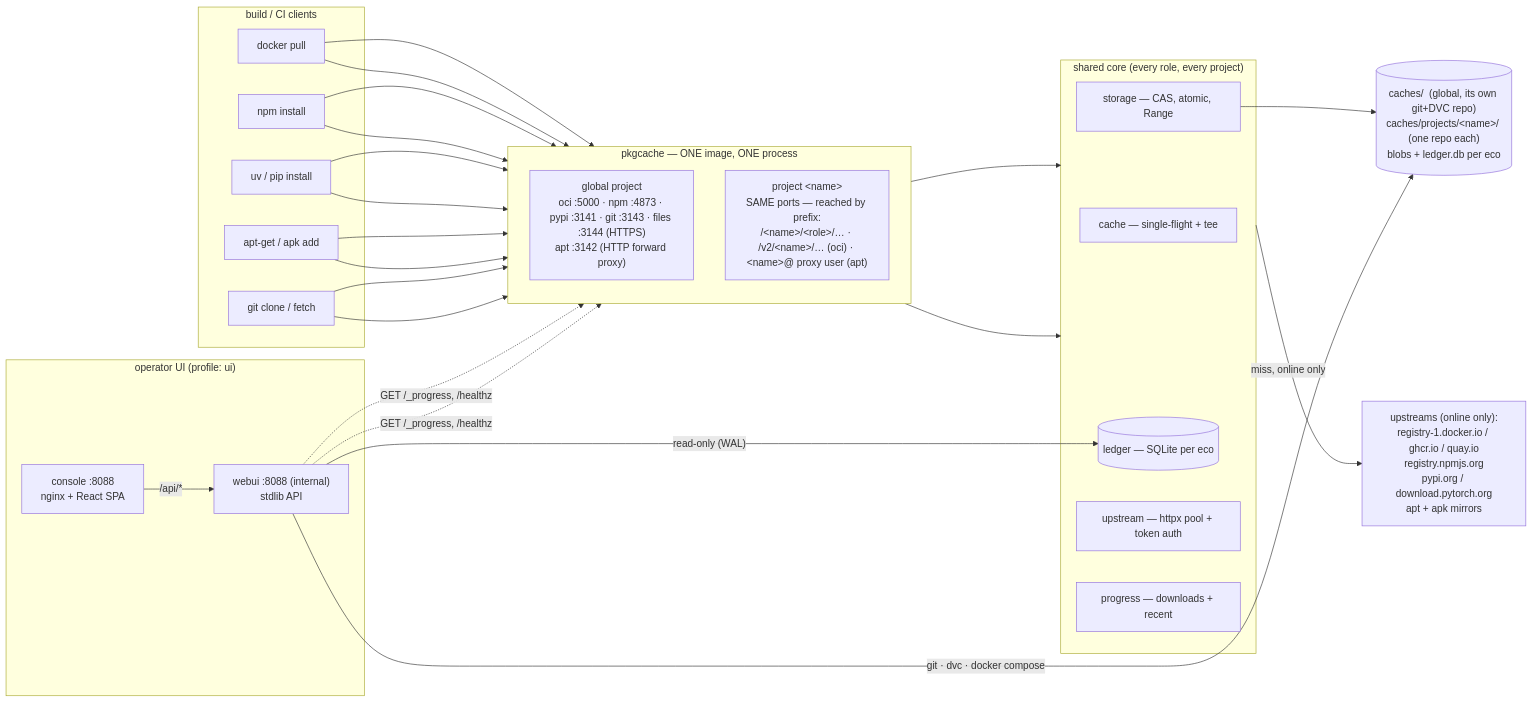
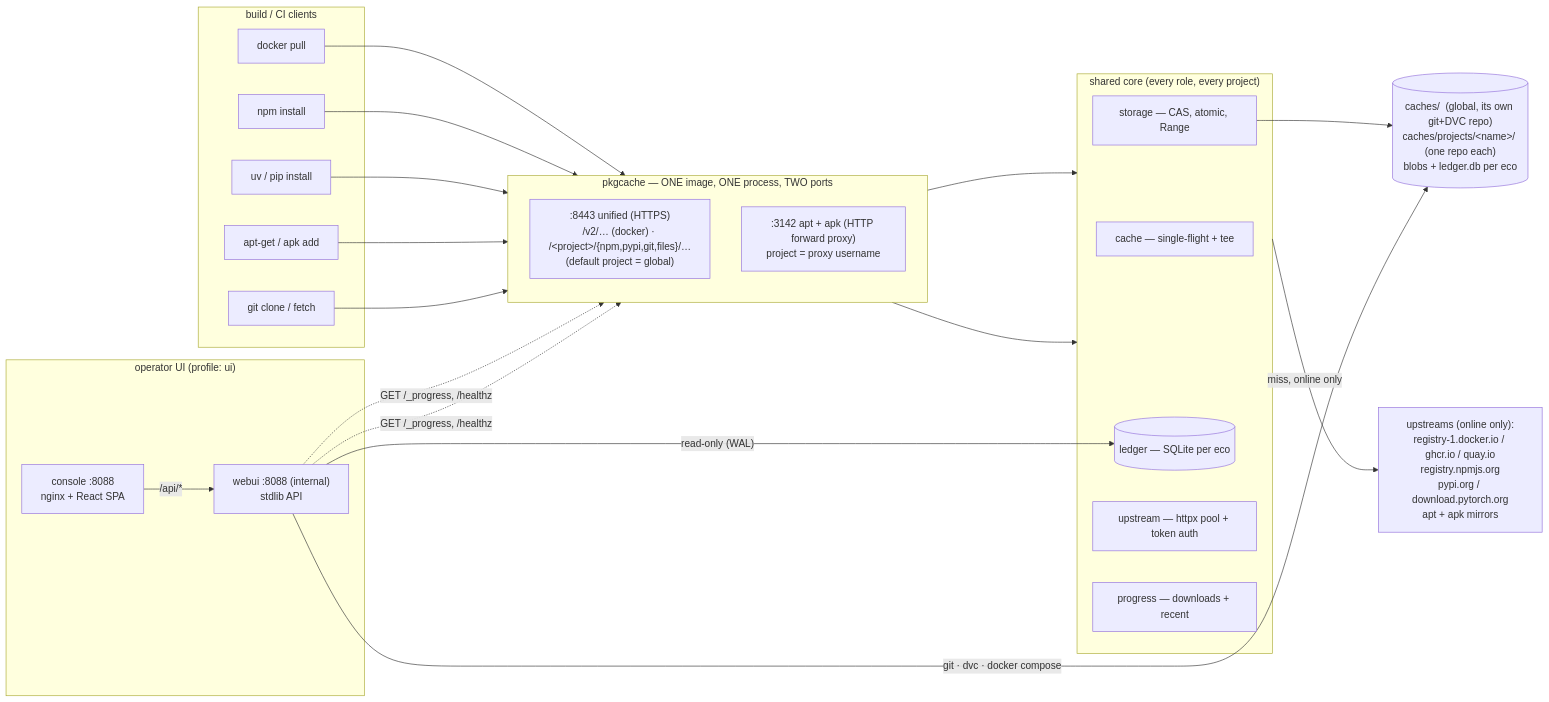
One commit to aabdlwahab/PKGCache changed the first of 7 diagrams in README.md. Above: the diagram before and after it, drawn with Mermaid. The commit also changed other lines of this file and 4 other files, not shown here.

````diff
--- a/README.md
+++ b/README.md
@@ -209,46 +224,46 @@
 ```mermaid
 flowchart LR
   subgraph clients["build / CI clients"]
     dk["docker pull"]
     np["npm install"]
     pp["uv / pip install"]
     at["apt-get / apk add"]
     gt["git clone / fetch"]
   end
 
-  subgraph image["pkgcache — ONE image, ONE process"]
+  subgraph image["pkgcache — ONE image, ONE process, TWO ports"]
     direction TB
-    g["global project\noci :5000 · npm :4873 · pypi :3141 · git :3143 · files :3144 (HTTPS)\napt :3142 (HTTP forward proxy)"]
-    p["project &lt;name&gt;\nSAME ports — reached by prefix:\n/&lt;name&gt;/&lt;role&gt;/… · /v2/&lt;name&gt;/… (oci) · &lt;name&gt;@ proxy user (apt)"]
+    g[":8443 unified (HTTPS)\n/v2/… (docker) · /&lt;project&gt;/{npm,pypi,git,files}/…\n(default project = global)"]
+    p[":3142 apt + apk (HTTP forward proxy)\nproject = proxy username"]
   end
 
   subgraph core["shared core (every role, every project)"]
     cache["cache — single-flight + tee"]
     st["storage — CAS, atomic, Range"]
     led[("ledger — SQLite per eco")]
     up["upstream — httpx pool + token auth"]
     pr["progress — downloads + recent"]
   end
 
   ups["upstreams (online only):\nregistry-1.docker.io / ghcr.io / quay.io\nregistry.npmjs.org\npypi.org / download.pytorch.org\napt + apk mirrors"]
 
   subgraph ui["operator UI (profile: ui)"]
     console["console :8088\nnginx + React SPA"]
     webui["webui :8088 (internal)\nstdlib API"]
   end
 
   dvc[("caches/  (global, its own git+DVC repo)\ncaches/projects/&lt;name&gt;/ (one repo each)\nblobs + ledger.db per eco")]
 
-  dk --> g & p
-  np --> g & p
-  pp --> g & p
-  at --> g & p
-  gt --> g & p
+  dk --> g
+  np --> g
+  pp --> g
+  at --> p
+  gt --> g
   g & p --> core
   core -->|"miss, online only"| ups
   st --> dvc
   console -->|"/api/*"| webui
   webui -->|"read-only (WAL)"| led
   webui -.->|"GET /_progress, /healthz"| g & p
   webui -->|"git · dvc · docker compose"| dvc
 ```
````
